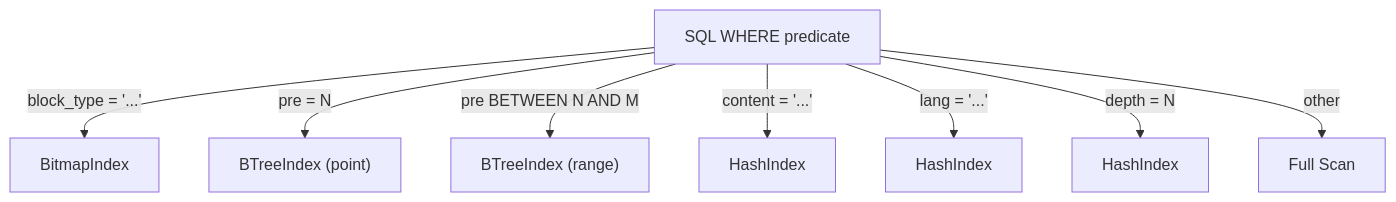
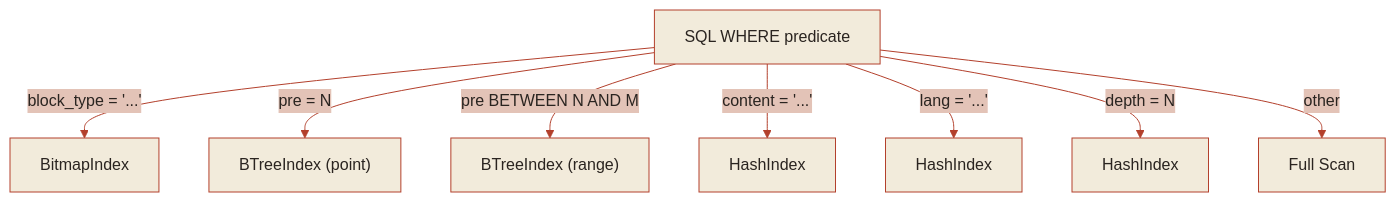
One commit to harehare/mq-db changed the fourth of 5 diagrams in README.md. Above: the diagram before and after it, drawn with Mermaid. The commit also changed other lines of this file and 4 other files, not shown here.

````diff
--- a/README.md
+++ b/README.md
@@ -583,11 +586,12 @@
 ```mermaid
+%%{init: {'theme':'base', 'themeVariables': {'primaryColor':'#f2ebdb','primaryTextColor':'#2a2420','primaryBorderColor':'#b3402c','lineColor':'#b3402c','secondaryColor':'#e3c3b7','tertiaryColor':'#faf6ef','background':'#faf6ef','fontFamily':'JetBrains Mono, monospace'}}}%%
 flowchart TD
     P["SQL WHERE predicate"]
     P -->|"block_type = '...'"| B["BitmapIndex"]
     P -->|"pre = N"| BT1["BTreeIndex (point)"]
     P -->|"pre BETWEEN N AND M"| BT2["BTreeIndex (range)"]
     P -->|"content = '...'"| H1["HashIndex"]
     P -->|"lang = '...'"| H2["HashIndex"]
     P -->|"depth = N"| H3["HashIndex"]
     P -->|"other"| FS["Full Scan"]
 ```
````
